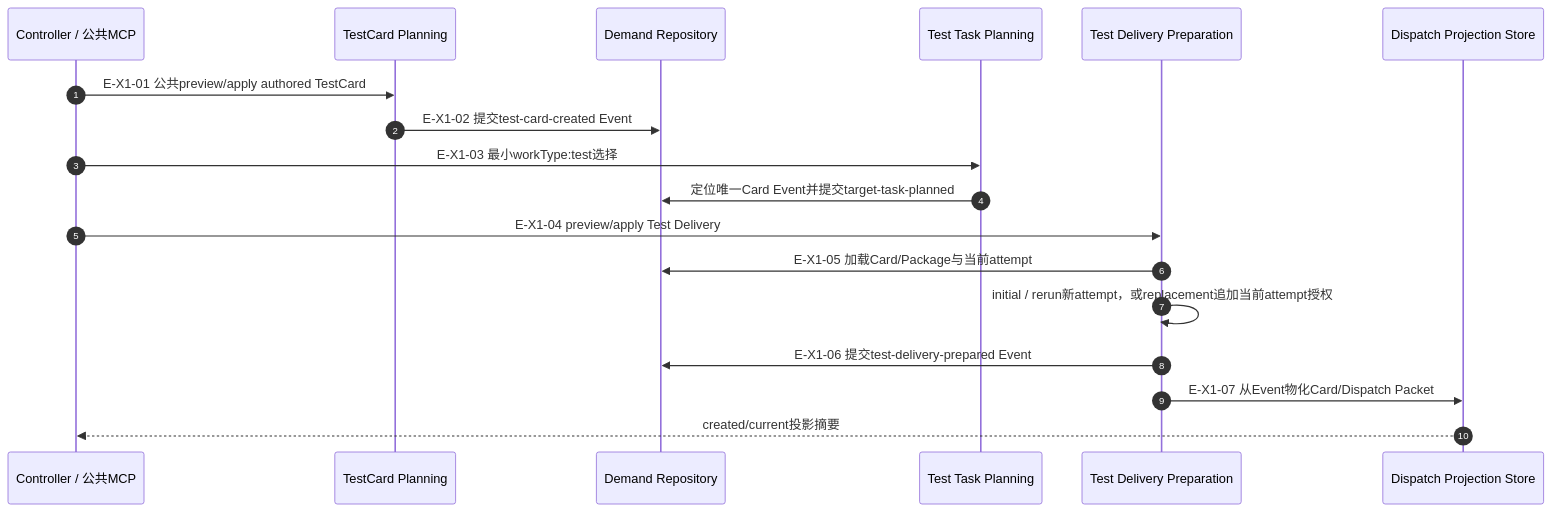
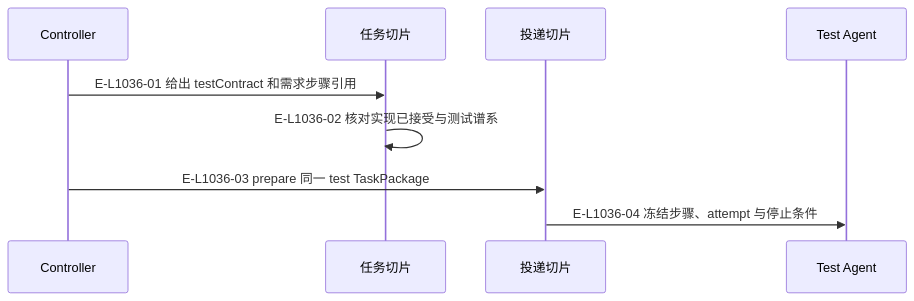
Before and after one commit to GxFn/Wakeflow: the first of 2 diagrams in wakeflow-architecture-atlas/maps/08-real-environment-testing/runtime-call-flow.md, drawn with Mermaid. The commit also changed other lines of this file and 71 other files, not shown here.

Commit message:
docs(atlas): align architecture maps with L1 nine-slice implementation

````diff
--- a/wakeflow-architecture-atlas/maps/08-real-environment-testing/runtime-call-flow.md
+++ b/wakeflow-architecture-atlas/maps/08-real-environment-testing/runtime-call-flow.md
@@ -22,24 +153,13 @@
 ```mermaid
 sequenceDiagram
-  accTitle: TestCard规划Test TaskPackage和Test Delivery授权
-  accDescr: Controller按Route调用公共工具preview/apply创建TestCard事件。同一公共Task Planning工具从唯一Card事件派生Test TaskPackage。Test Delivery Preparation加载Card、Package和Config测试窗口：initial创建首个attempt，rerun绑定直接前驱Result与request-another-attempt Decision创建新attempt，replacement只为rejected当前attempt追加授权；随后提交prepared事件并物化Card与Dispatch Packet。
-
-  autonumber
-  participant CTRL as Controller / 公共MCP
-  participant CARD as TestCard Planning
-  participant REPO as Demand Repository
-  participant TASK as Test Task Planning
-  participant PREP as Test Delivery Preparation
-  participant PACKET as Dispatch Projection Store
-
-  CTRL->>CARD: E-X1-01 公共preview/apply authored TestCard
-  CARD->>REPO: E-X1-02 提交test-card-created Event
-  CTRL->>TASK: E-X1-03 最小workType:test选择
-  TASK->>REPO: 定位唯一Card Event并提交target-task-planned
-  CTRL->>PREP: E-X1-04 preview/apply Test Delivery
-  PREP->>REPO: E-X1-05 加载Card/Package与当前attempt
-  PREP->>PREP: initial / rerun新attempt，或replacement追加当前attempt授权
-  PREP->>REPO: E-X1-06 提交test-delivery-prepared Event
-  PREP->>PACKET: E-X1-07 从Event物化Card/Dispatch Packet
-  PACKET-->>CTRL: created/current投影摘要
+  accTitle: 测试规划与统一投递
+  accDescr: 测试规划与统一投递；箭头区分当前代码步骤、返回事实与明确的条件。
+  participant controller as Controller
+  participant tasking as 任务切片
+  participant delivery as 投递切片
+  participant test as Test Agent
+  controller->>tasking: E-L1036-01 给出 testContract 和需求步骤引用
+  tasking->>tasking: E-L1036-02 核对实现已接受与测试谱系
+  controller->>delivery: E-L1036-03 prepare 同一 test TaskPackage
+  delivery->>test: E-L1036-04 冻结步骤、attempt 与停止条件
 ```
````
